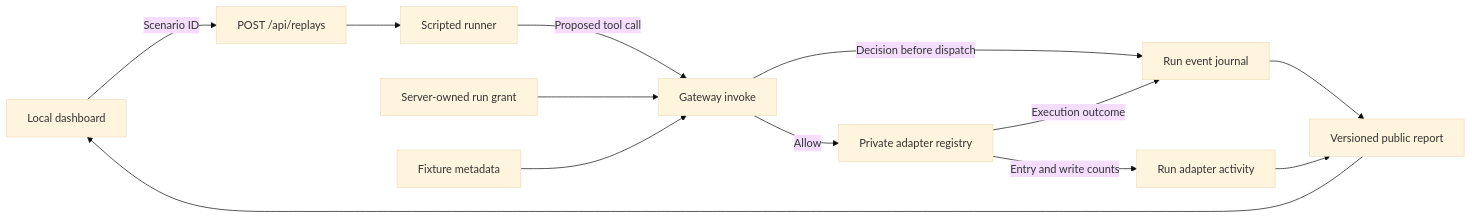
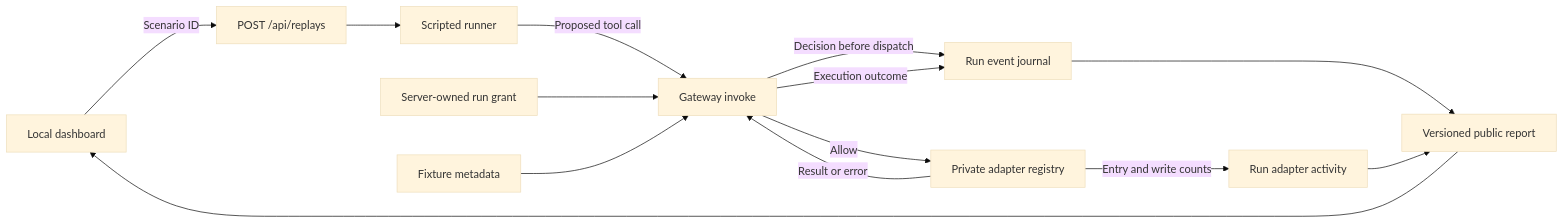
One commit to fsoaz/agentfirewall changed the diagram in docs/context/architecture.md. Above: the diagram before and after it, drawn with Mermaid (base theme). The commit also changed other lines of this file and 9 other files, not shown here.

Commit message:
docs: update architecture, product, roadmap, execution, and standards documentation for v0.1 release

````diff
--- a/docs/context/architecture.md
+++ b/docs/context/architecture.md
@@ -3,15 +3,16 @@
 ```mermaid
 flowchart LR
     UI["Local dashboard"] -->|"Scenario ID"| HTTP["POST /api/replays"]
     HTTP --> Replay["Scripted runner"]
     Replay -->|"Proposed tool call"| Gateway["Gateway invoke"]
     Grant["Server-owned run grant"] --> Gateway
     Catalog["Fixture metadata"] --> Gateway
     Gateway -->|Decision before dispatch| Journal["Run event journal"]
     Gateway -->|Allow| Adapter["Private adapter registry"]
     Adapter -->|Entry and write counts| Ledger["Run adapter activity"]
-    Adapter -->|Execution outcome| Journal
+    Adapter -->|Result or error| Gateway
+    Gateway -->|Execution outcome| Journal
     Journal --> Report["Versioned public report"]
     Ledger --> Report
     Report --> UI
 ```
````
